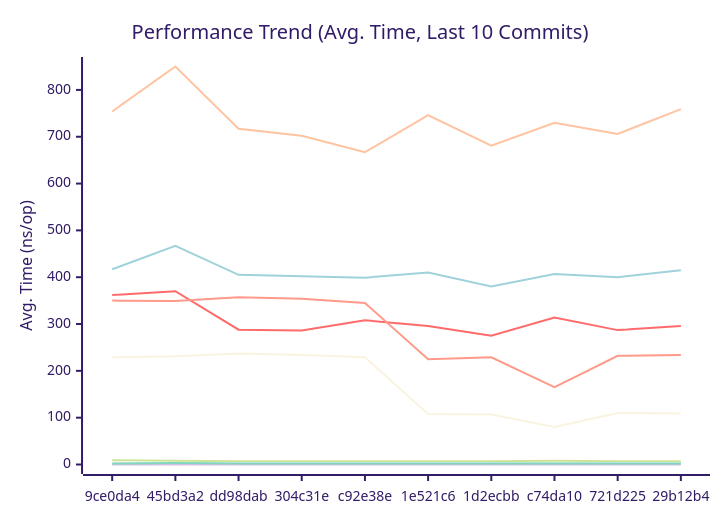
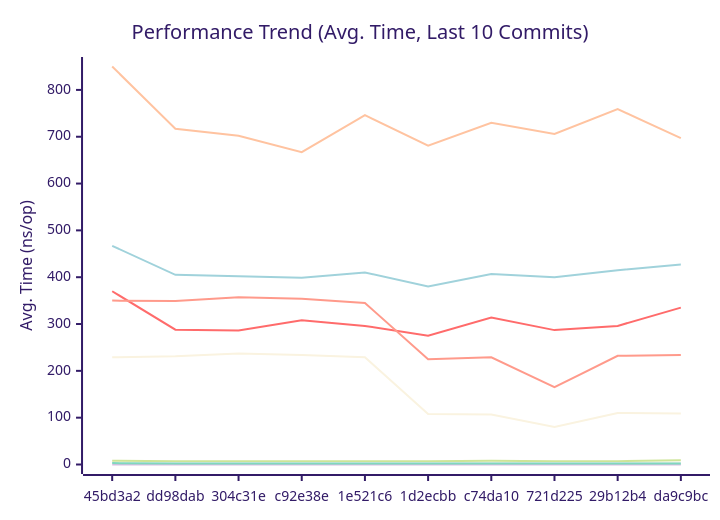
One commit to alsotoes/momo changed the first of 3 diagrams in docs/PERFORMANCE.md. Above: the diagram before and after it, drawn with Mermaid (forest theme). The commit also changed other lines of this file and 3 other files, not shown here.

````diff
--- a/docs/PERFORMANCE.md
+++ b/docs/PERFORMANCE.md
@@ -80,16 +80,16 @@
 ```mermaid
 xychart-beta
     title "Performance Trend (Avg. Time, Last 10 Commits)"
     x-axis "Commit"
     y-axis "Avg. Time (ns/op)"
-    x-axis [9ce0da4,45bd3a2,dd98dab,304c31e,c92e38e,1e521c6,1d2ecbb,c74da10,721d225,29b12b4]
-    line "CheckMetricsAndSwap" [9,8,7,7,7,7,7,8,7,7]
-    line "CrushOptimized" [362,370,288,286,308,296,275,314,287,296]
-    line "CrushOriginal" [417,467,405,402,399,410,380,407,400,415]
+    x-axis [45bd3a2,dd98dab,304c31e,c92e38e,1e521c6,1d2ecbb,c74da10,721d225,29b12b4,da9c9bc]
+    line "CheckMetricsAndSwap" [8,7,7,7,7,7,8,7,7,9]
+    line "CrushOptimized" [370,288,286,308,296,275,314,287,296,335]
+    line "CrushOriginal" [467,405,402,399,410,380,407,400,415,427]
     line "IndexDirectTracking" [0,0,0,0,0,0,0,0,0,0]
     line "IndexSearch" [3,3,3,3,3,3,3,3,3,3]
-    line "LoadGlobalConfig" [754,850,717,702,667,746,681,730,706,759]
-    line "PadString" [2,3,2,2,2,2,2,2,2,2]
+    line "LoadGlobalConfig" [850,717,702,667,746,681,730,706,759,697]
+    line "PadString" [3,2,2,2,2,2,2,2,2,2]
     line "ParseReplicationOrder_NoPrealloc" [350,349,357,354,345,225,229,165,232,234]
     line "ParseReplicationOrder_Prealloc" [229,231,237,234,229,108,107,80,110,109]
 ```
````
